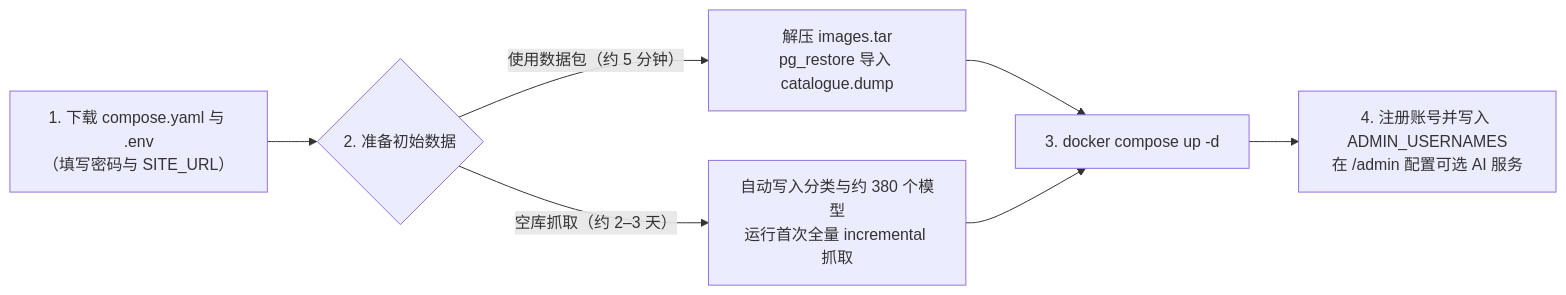
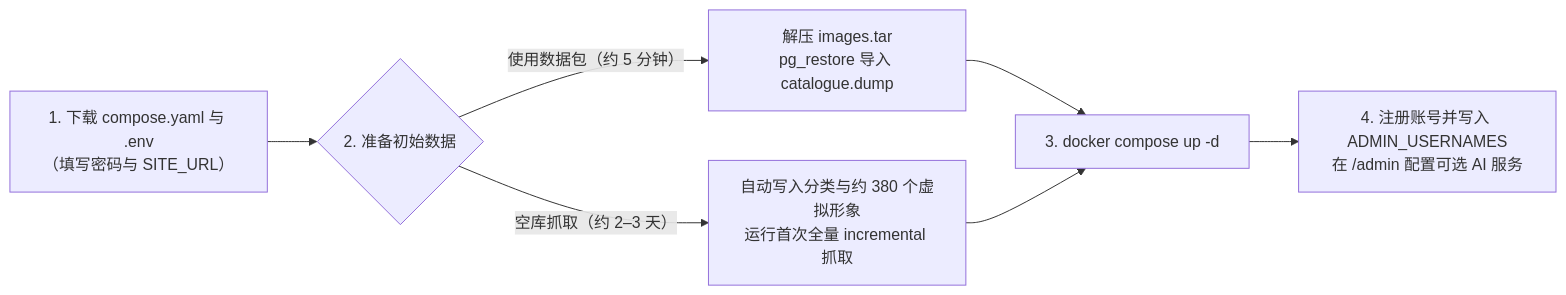
One commit to JohnsonRan/BoothDex changed the first of 3 diagrams in README.zh-CN.md. Above: the diagram before and after it, drawn with Mermaid. The commit also changed other lines of this file and 3 other files, not shown here.

````diff
--- a/README.zh-CN.md
+++ b/README.zh-CN.md
@@ -28,11 +28,11 @@
 ```mermaid
 flowchart LR
   env["1. 下载 compose.yaml 与 .env<br/>（填写密码与 SITE_URL）"] --> data{"2. 准备初始数据"}
 
   data -- "使用数据包（约 5 分钟）" --> bundle["解压 images.tar<br/>pg_restore 导入 catalogue.dump"]
-  data -- "空库抓取（约 2–3 天）" --> crawl["自动写入分类与约 380 个模型<br/>运行首次全量 incremental 抓取"]
+  data -- "空库抓取（约 2–3 天）" --> crawl["自动写入分类与约 380 个虚拟形象<br/>运行首次全量 incremental 抓取"]
 
   bundle --> up["3. docker compose up -d"]
   crawl --> up
   up --> admin["4. 注册账号并写入 ADMIN_USERNAMES<br/>在 /admin 配置可选 AI 服务"]
 ```
````
